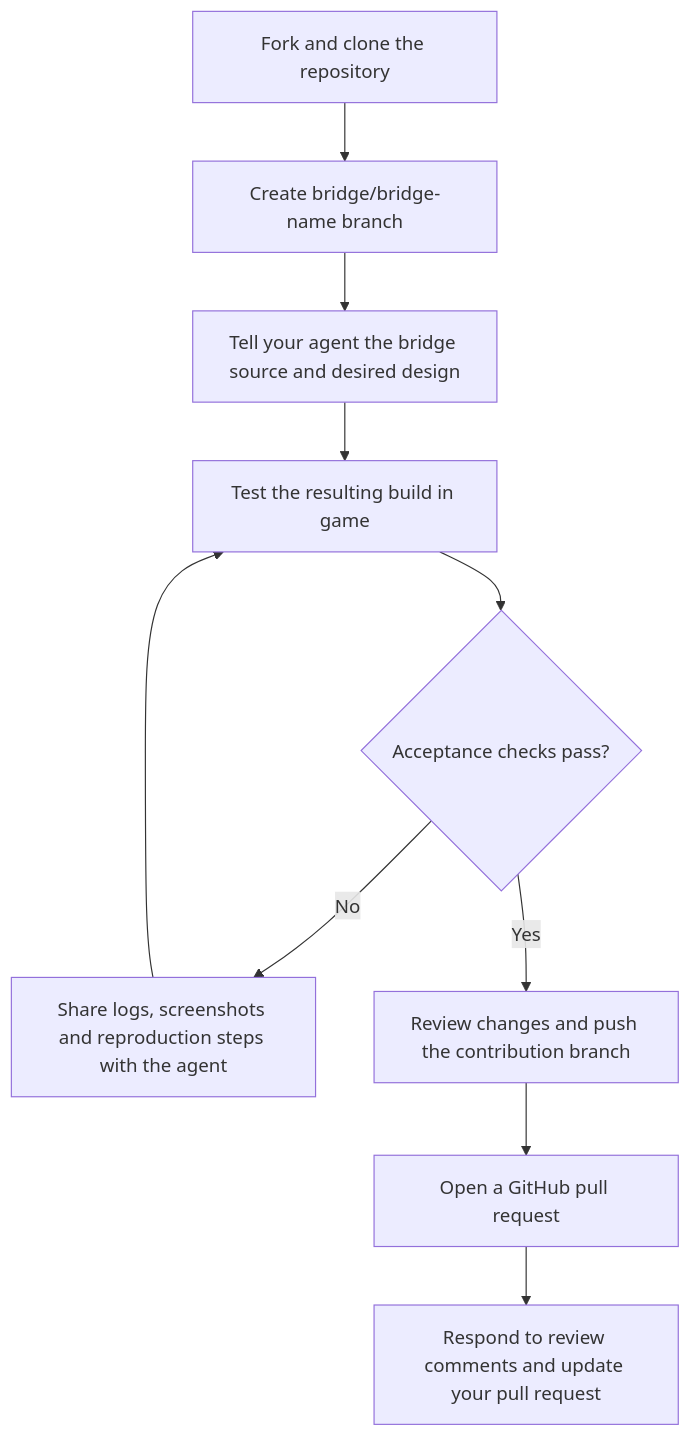
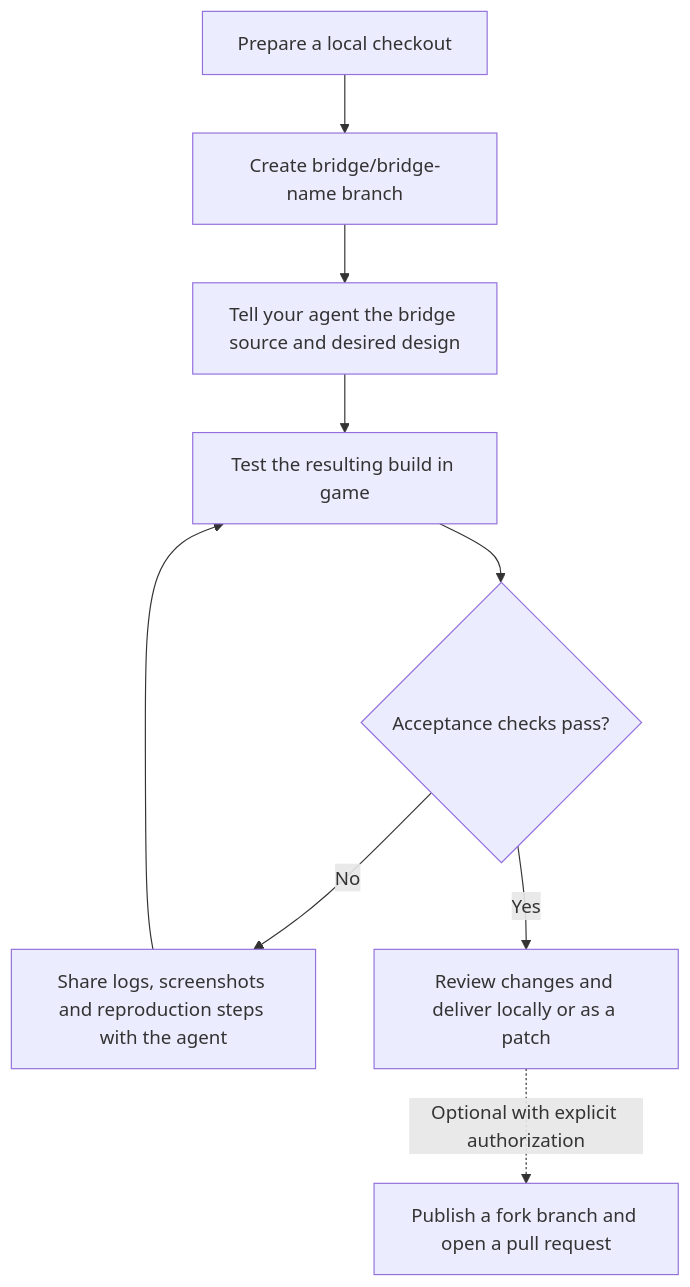
Before and after one commit to Chengxuan-He/CS2BridgeBuilder: the diagram in README.md, drawn with Mermaid. The commit also changed other lines of this file and 566 other files, not shown here.

````diff
--- a/README.md
+++ b/README.md
@@ -242,12 +243,11 @@
 ```mermaid
 flowchart TD
-    A[Fork and clone the repository] --> B[Create bridge/bridge-name branch]
+    A[Prepare a local checkout] --> B[Create bridge/bridge-name branch]
     B --> C[Tell your agent the bridge source and desired design]
     C --> F[Test the resulting build in game]
     F --> G{Acceptance checks pass?}
     G -- No --> H[Share logs, screenshots and reproduction steps with the agent]
     H --> F
-    G -- Yes --> I[Review changes and push the contribution branch]
-    I --> J[Open a GitHub pull request]
-    J --> K[Respond to review comments and update your pull request]
+    G -- Yes --> I[Review changes and deliver locally or as a patch]
+    I -. Optional with explicit authorization .-> J[Publish a fork branch and open a pull request]
 ```
````
